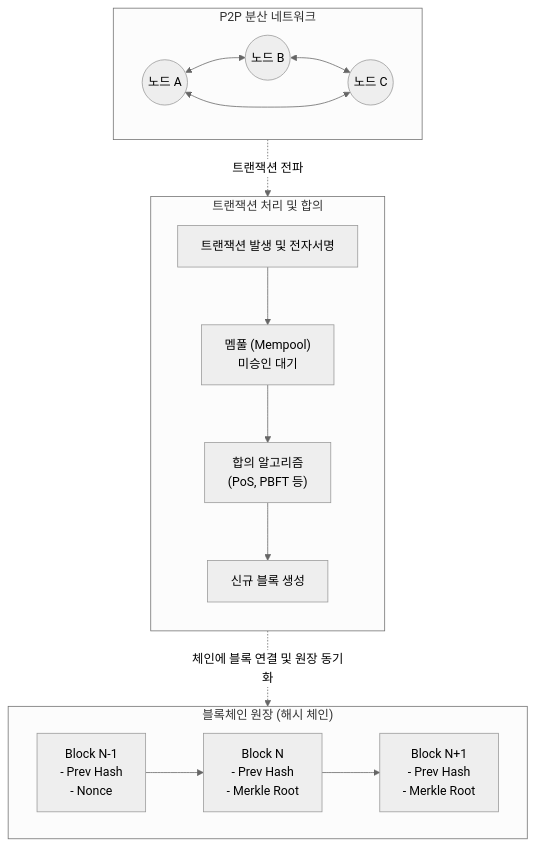
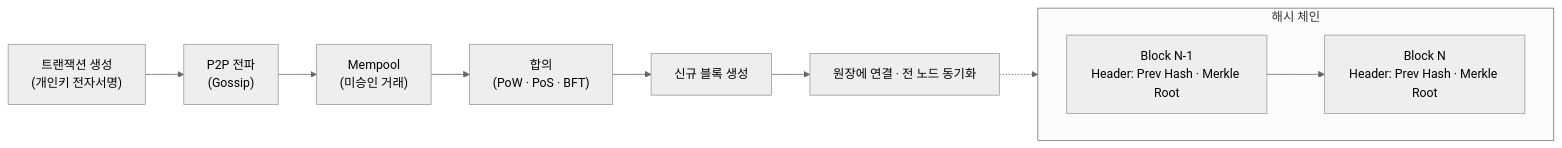
One commit to supremethumb/supremethumb.github.io changed the diagram in content/01_IT Tech/블록체인.md. Above: the diagram before and after it, drawn with Mermaid (neutral theme). The commit also changed other lines of this file and 1087 other files, not shown here.

````diff
--- a/content/01_IT Tech/블록체인.md
+++ b/content/01_IT Tech/블록체인.md
@@ -28,26 +35,14 @@
 ```mermaid
-flowchart TB
-    subgraph P2P_Network["P2P 분산 네트워크"]
+flowchart LR
+    TX["트랜잭션 생성<br/>(개인키 전자서명)"] --> P2P["P2P 전파<br/>(Gossip)"]
+    P2P --> Mempool["Mempool<br/>(미승인 거래)"]
+    Mempool --> Consensus["합의<br/>(PoW · PoS · BFT)"]
+    Consensus --> Block["신규 블록 생성"]
+    Block --> Chain["원장에 연결 · 전 노드 동기화"]
+
+    subgraph Ledger["해시 체인"]
         direction LR
-        Node1(("노드 A")) <--> Node2(("노드 B"))
-        Node2 <--> Node3(("노드 C"))
-        Node3 <--> Node1
+        B1["Block N-1<br/>Header: Prev Hash · Merkle Root"] --> B2["Block N<br/>Header: Prev Hash · Merkle Root"]
     end
-
-    subgraph TX_Process["트랜잭션 처리 및 합의"]
-        direction TB
-        TX["트랜잭션 발생 및 전자서명"] --> Mempool["멤풀 (Mempool)<br/>미승인 대기"]
-        Mempool --> Consensus["합의 알고리즘<br/>(PoS, PBFT 등)"]
-        Consensus --> NewBlock["신규 블록 생성"]
-    end
-
-    subgraph Ledger["블록체인 원장 (해시 체인)"]
-        direction LR
-        Block1["Block N-1<br/>- Prev Hash<br/>- Nonce"] --> Block2["Block N<br/>- Prev Hash<br/>- Merkle Root"]
-        Block2 --> Block3["Block N+1<br/>- Prev Hash<br/>- Merkle Root"]
-    end
-
-    Node1 -. "트랜잭션 전파" .-> TX
-    NewBlock -. "체인에 블록 연결 및 원장 동기화" .-> Block3
-
+    Chain -.-> Ledger
 ```
````
